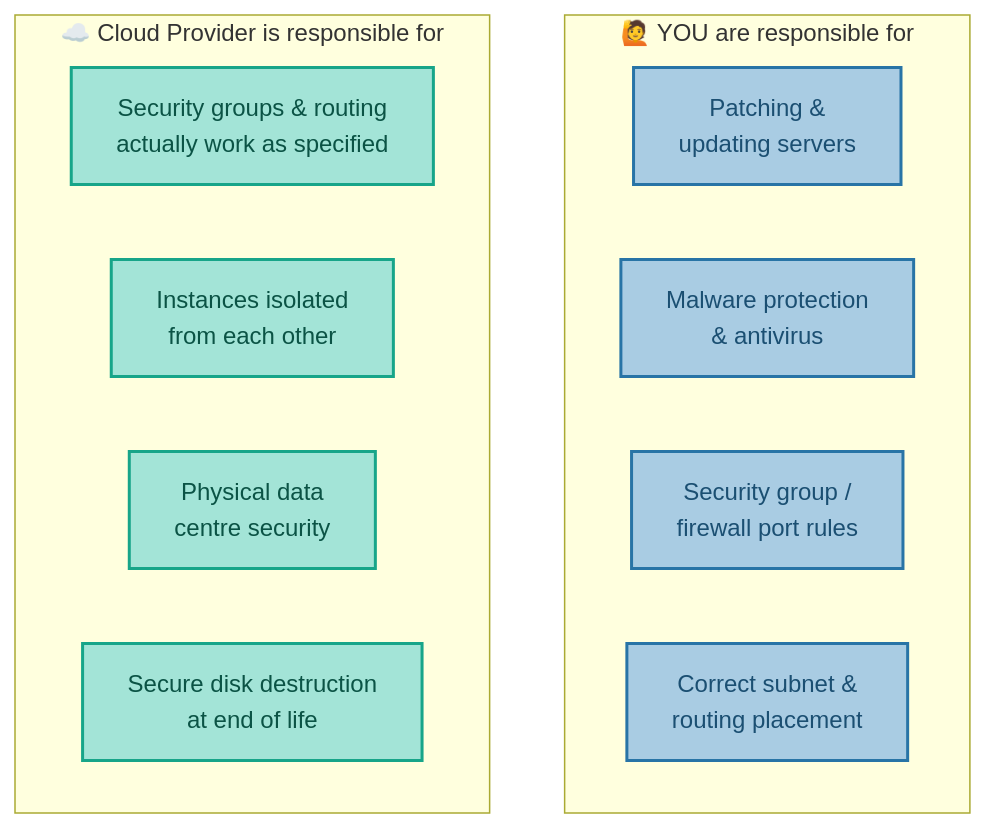
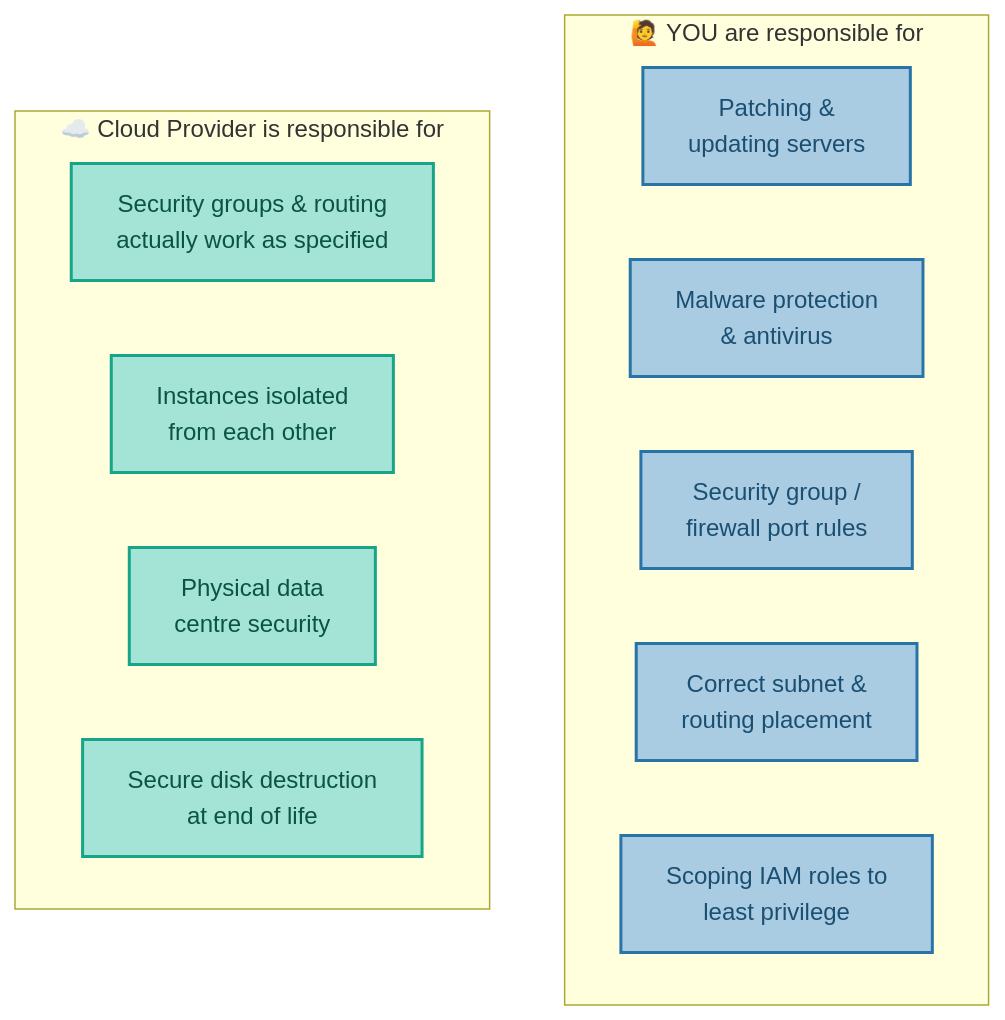
The second of 5 diagrams in public-cloud-playground/explainers/05-securing-your-account-and-infrastructure.md (codewithz/mstap2026), drawn with Mermaid before and after one commit. The commit also changed other lines of this file and 2 other files, not shown here.

````diff
--- a/public-cloud-playground/explainers/05-securing-your-account-and-infrastructure.md
+++ b/public-cloud-playground/explainers/05-securing-your-account-and-infrastructure.md
@@ -64,18 +66,19 @@
 ```mermaid
 graph TD
     subgraph YOU["🙋 YOU are responsible for"]
         Y1["Patching &<br/>updating servers"]:::you
         Y2["Malware protection<br/>& antivirus"]:::you
         Y3["Security group /<br/>firewall port rules"]:::you
         Y4["Correct subnet &<br/>routing placement"]:::you
+        Y5["Scoping IAM roles to<br/>least privilege"]:::you
     end
     subgraph PROVIDER["☁️ Cloud Provider is responsible for"]
         P1["Security groups & routing<br/>actually work as specified"]:::provider
         P2["Instances isolated<br/>from each other"]:::provider
         P3["Physical data<br/>centre security"]:::provider
         P4["Secure disk destruction<br/>at end of life"]:::provider
     end
 
     classDef you fill:#A9CCE3,stroke:#2874A6,stroke-width:2px,color:#1B4F72
     classDef provider fill:#A3E4D7,stroke:#17A589,stroke-width:2px,color:#0B5345
 ```
````
